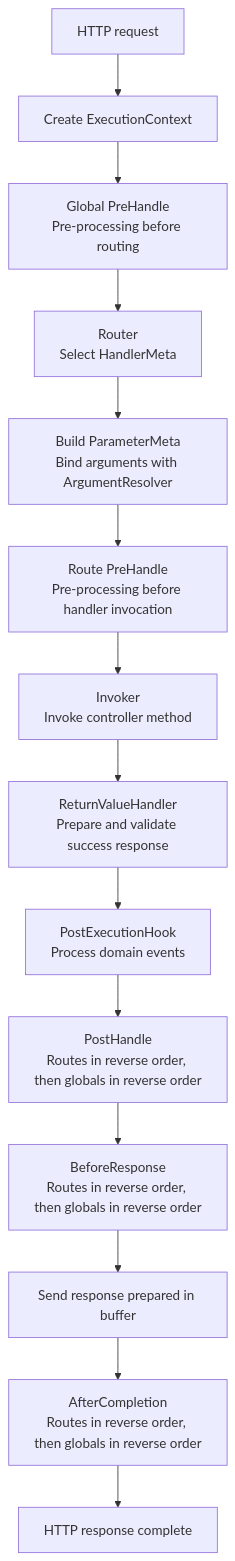
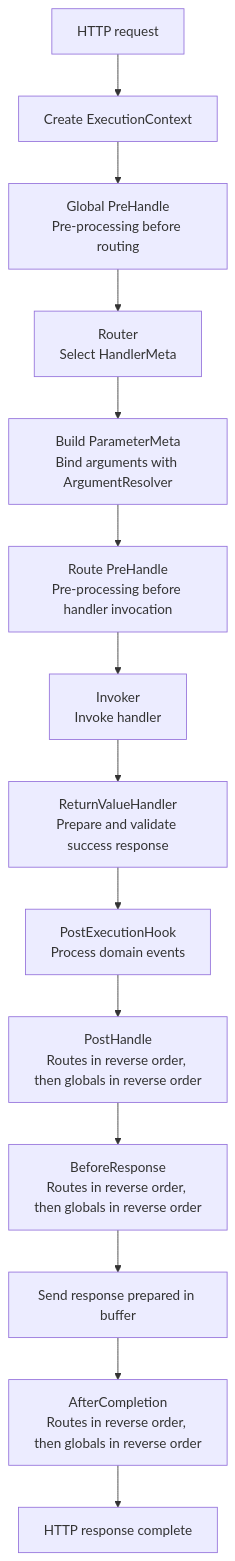
One commit to NARUBROWN/spine-site changed the diagram in docs/en/learn/core-concepts/pipeline.md. Above: the diagram before and after it, drawn with Mermaid. The commit also changed other lines of this file and 193 other files, not shown here.

````diff
--- a/docs/en/learn/core-concepts/pipeline.md
+++ b/docs/en/learn/core-concepts/pipeline.md
@@ -21,31 +17,31 @@
 ```mermaid
 graph TD
     Request["HTTP request"]
     Context["Create ExecutionContext"]
     GlobalPre["Global PreHandle<br>Pre-processing before routing"]
     Router["Router<br>Select HandlerMeta"]
     Binding["Build ParameterMeta<br>Bind arguments with ArgumentResolver"]
     RoutePre["Route PreHandle<br>Pre-processing before handler invocation"]
-    Handler["Invoker<br>Invoke controller method"]
+    Handler["Invoker<br>Invoke handler"]
     Return["ReturnValueHandler<br>Prepare and validate success response"]
     Hook["PostExecutionHook<br>Process domain events"]
     Post["PostHandle<br>Routes in reverse order, then globals in reverse order"]
     Before["BeforeResponse<br>Routes in reverse order, then globals in reverse order"]
     Flush["Send response prepared in buffer"]
     After["AfterCompletion<br>Routes in reverse order, then globals in reverse order"]
     Response["HTTP response complete"]
 
     Request --> Context
     Context --> GlobalPre
     GlobalPre --> Router
     Router --> Binding
     Binding --> RoutePre
     RoutePre --> Handler
     Handler --> Return
     Return --> Hook
     Hook --> Post
     Post --> Before
     Before --> Flush
     Flush --> After
     After --> Response
 ```
````
